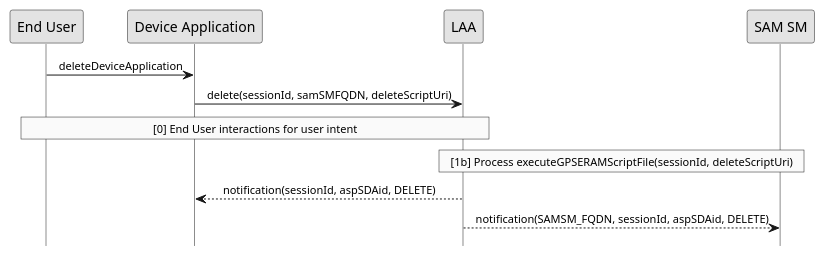
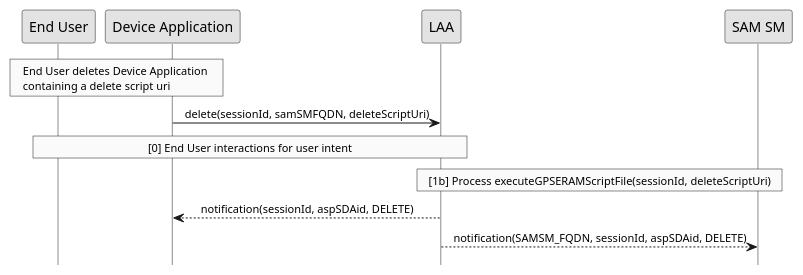
One commit to gaelrgerard/laa changed the diagram in doc/uml/delete-device-script.pu. Above: the diagram before and after it, drawn with PlantUML. The commit also changed 1 other file, not shown here.

Commit message:
update delete diag

```diff
--- a/doc/uml/delete-device-script.pu
+++ b/doc/uml/delete-device-script.pu
@@ -1,27 +1,31 @@
 @startuml
 
 hide footbox
 skinparam sequenceMessageAlign center
 skinparam sequenceArrowFontSize 11
 skinparam noteFontSize 11
 skinparam monochrome true
 skinparam lifelinestrategy solid
  
-"End User" -> "Device Application" : deleteDeviceApplication
+rnote over "End User", "Device Application"
+     End User deletes Device Application 
+     containing a delete script uri
+end rnote
+
 "Device Application" -> LAA : delete(sessionId, samSMFQDN, deleteScriptUri)
 
 rnote over "LAA", "End User"
      [0] End User interactions for user intent
 end rnote
 
 
 rnote over "LAA", "SAM SM"
      [1b] Process executeGPSERAMScriptFile(sessionId, deleteScriptUri)
 end rnote
 
 
  
 LAA --> "Device Application" : notification(sessionId, aspSDAid, DELETE)
  
 LAA --> "SAM SM" : notification(SAMSM_FQDN, sessionId, aspSDAid, DELETE)
 @enduml
```
